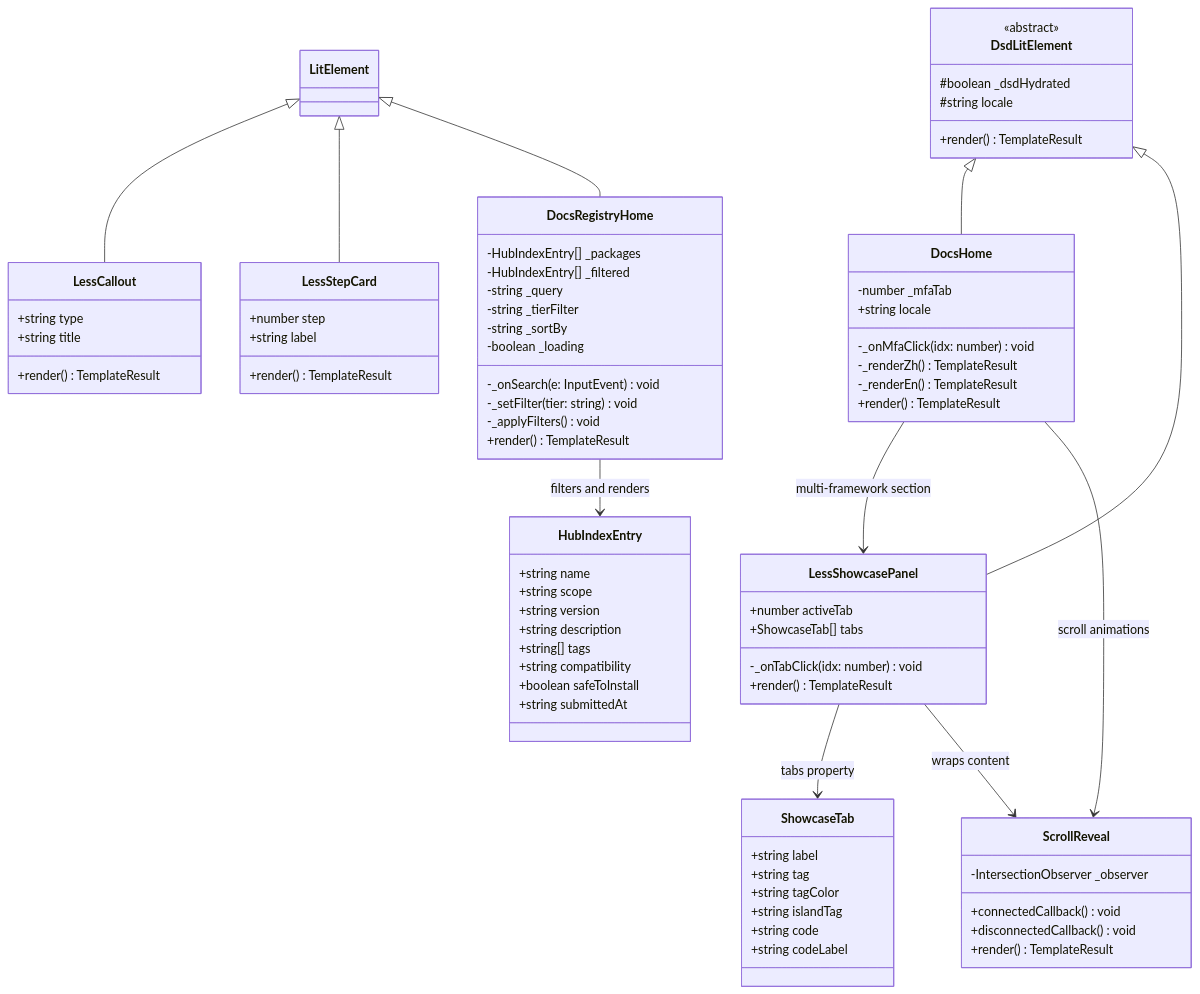
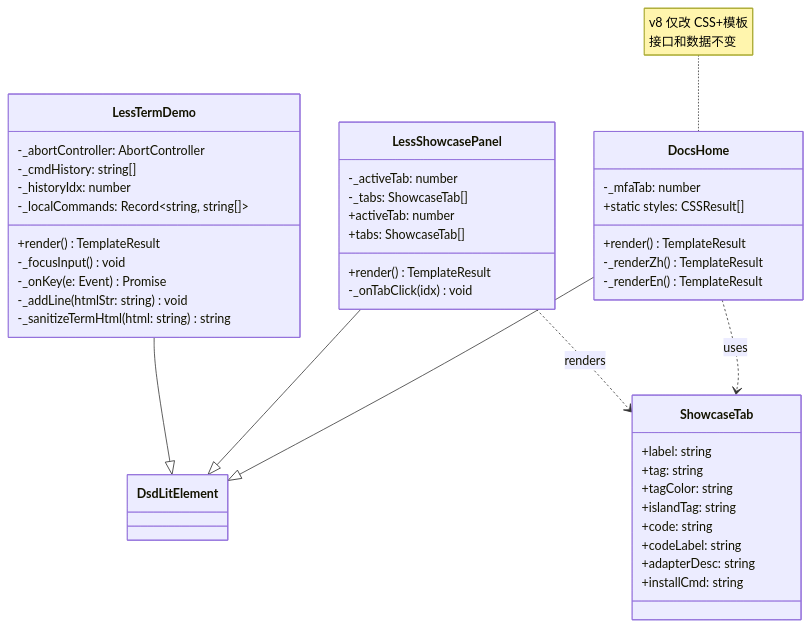
The diagram in docs/conversation/www-redesign/class-diagram.mermaid (lessjs-run/lessjs), drawn with Mermaid before and after one commit. The commit also changed 19 other files, not shown here.

````diff
--- a/docs/conversation/www-redesign/class-diagram.mermaid
+++ b/docs/conversation/www-redesign/class-diagram.mermaid
@@ -1,89 +1,49 @@
+```mermaid
 classDiagram
-    direction TB
+    class DocsHome {
+        -_mfaTab: number
+        +render() TemplateResult
+        -_renderZh() TemplateResult
+        -_renderEn() TemplateResult
+        +static styles: CSSResult[]
+    }
+    DocsHome --|> DsdLitElement
+
+    class ShowcaseTab {
+        +label: string
+        +tag: string
+        +tagColor: string
+        +islandTag: string
+        +code: string
+        +codeLabel: string
+        +adapterDesc: string
+        +installCmd: string
+    }
+    DocsHome ..> ShowcaseTab : uses
 
     class LessShowcasePanel {
-        +number activeTab
-        +ShowcaseTab[] tabs
-        -_onTabClick(idx: number) void
+        -_activeTab: number
+        -_tabs: ShowcaseTab[]
+        +activeTab: number
+        +tabs: ShowcaseTab[]
         +render() TemplateResult
+        -_onTabClick(idx) void
     }
+    LessShowcasePanel --|> DsdLitElement
+    LessShowcasePanel ..> ShowcaseTab : renders
 
-    class ShowcaseTab {
-        +string label
-        +string tag
-        +string tagColor
-        +string islandTag
-        +string code
-        +string codeLabel
+    class LessTermDemo {
+        -_abortController: AbortController
+        -_cmdHistory: string[]
+        -_historyIdx: number
+        +render() TemplateResult
+        -_focusInput() void
+        -_onKey(e: Event) Promise
+        -_addLine(htmlStr: string) void
+        -_sanitizeTermHtml(html: string) string
+        -_localCommands: Record~string, string[]~
     }
+    LessTermDemo --|> DsdLitElement
 
-    class LessCallout {
-        +string type
-        +string title
-        +render() TemplateResult
-    }
-
-    class LessStepCard {
-        +number step
-        +string label
-        +render() TemplateResult
-    }
-
-    class ScrollReveal {
-        -IntersectionObserver _observer
-        +connectedCallback() void
-        +disconnectedCallback() void
-        +render() TemplateResult
-    }
-
-    class DocsHome {
-        -number _mfaTab
-        +string locale
-        -_onMfaClick(idx: number) void
-        -_renderZh() TemplateResult
-        -_renderEn() TemplateResult
-        +render() TemplateResult
-    }
-
-    class DocsRegistryHome {
-        -HubIndexEntry[] _packages
-        -HubIndexEntry[] _filtered
-        -string _query
-        -string _tierFilter
-        -string _sortBy
-        -boolean _loading
-        -_onSearch(e: InputEvent) void
-        -_setFilter(tier: string) void
-        -_applyFilters() void
-        +render() TemplateResult
-    }
-
-    class DsdLitElement {
-        <<abstract>>
-        #boolean _dsdHydrated
-        #string locale
-        +render() TemplateResult
-    }
-
-    class HubIndexEntry {
-        +string name
-        +string scope
-        +string version
-        +string description
-        +string[] tags
-        +string compatibility
-        +boolean safeToInstall
-        +string submittedAt
-    }
-
-    DsdLitElement <|-- DocsHome
-    DsdLitElement <|-- LessShowcasePanel
-    LitElement <|-- LessCallout
-    LitElement <|-- LessStepCard
-    LitElement <|-- DocsRegistryHome
-
-    LessShowcasePanel --> ShowcaseTab : tabs property
-    LessShowcasePanel --> ScrollReveal : wraps content
-    DocsHome --> LessShowcasePanel : multi-framework section
-    DocsHome --> ScrollReveal : scroll animations
-    DocsRegistryHome --> HubIndexEntry : filters and renders
+    note for DocsHome "v8 仅改 CSS+模板<br/>接口和数据不变"
+```
````
